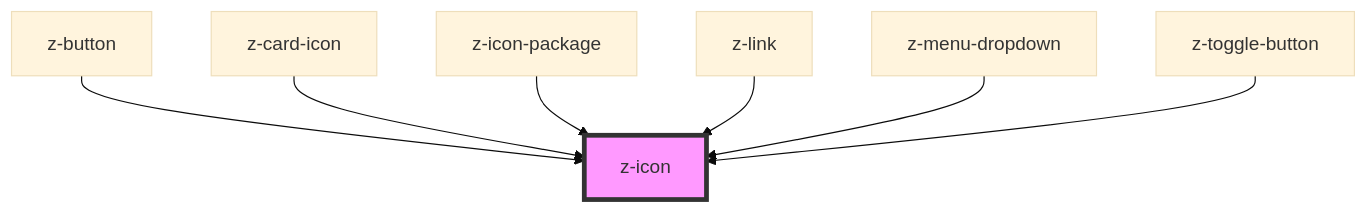
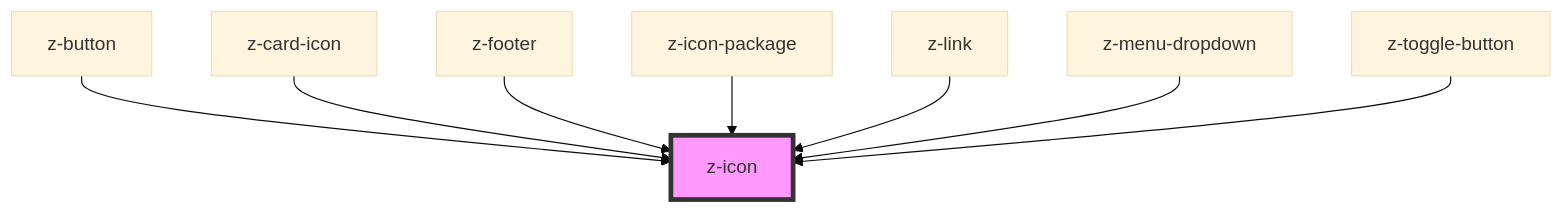
The diagram in web-components-library/src/components/z-icon/readme.md (ZanichelliEditore/design-system), drawn with Mermaid (base theme) before and after one commit. The commit also changed other lines of this file and 2 other files, not shown here.

Commit message:
MYZ-6886 modificato card bean

````diff
--- a/web-components-library/src/components/z-icon/readme.md
+++ b/web-components-library/src/components/z-icon/readme.md
@@ -30,10 +31,11 @@
 ```mermaid
 graph TD;
   z-button --> z-icon
   z-card-icon --> z-icon
+  z-footer --> z-icon
   z-icon-package --> z-icon
   z-link --> z-icon
   z-menu-dropdown --> z-icon
   z-toggle-button --> z-icon
   style z-icon fill:#f9f,stroke:#333,stroke-width:4px
 ```
````
